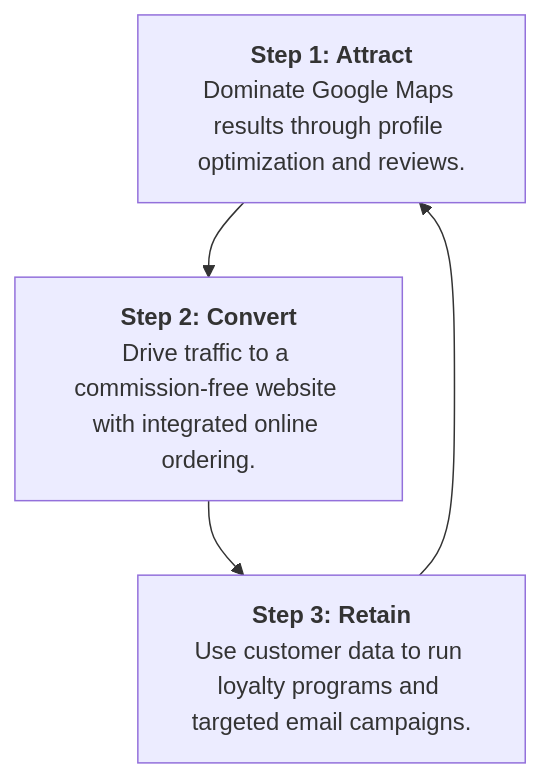
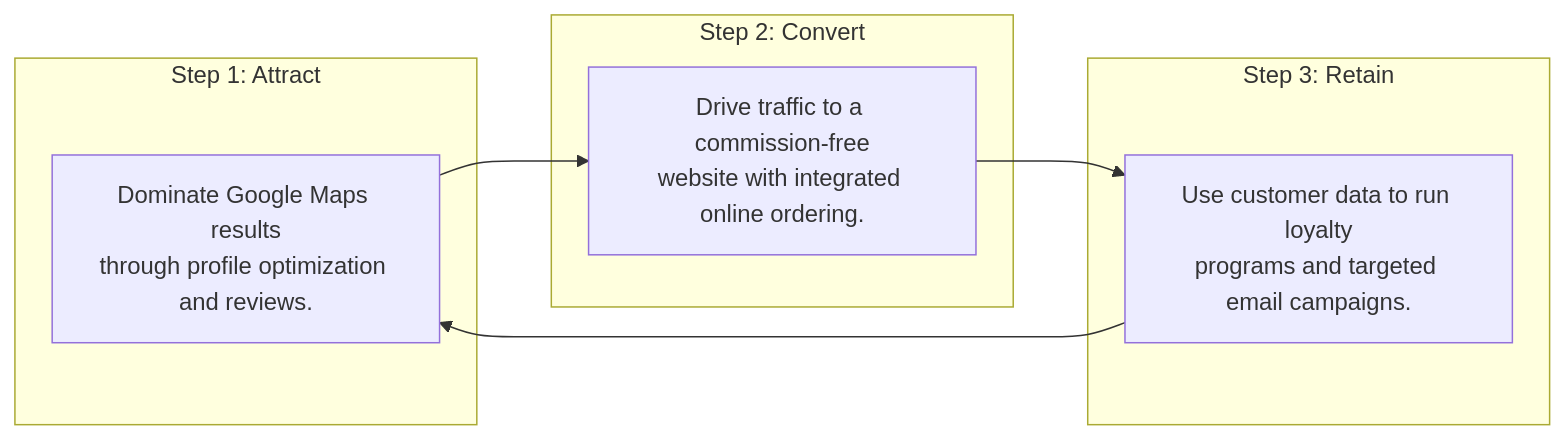
Before and after one commit to cheaplightstore/restaurant: the diagram in articles/restaurant-marketing-plan-2025.md, drawn with Mermaid.

Commit message:
refactor: Redesign marketing flywheel chart for clarity

````diff
--- a/articles/restaurant-marketing-plan-2025.md
+++ b/articles/restaurant-marketing-plan-2025.md
@@ -38,6 +38,13 @@
 ```mermaid
-graph TD
-    A["<strong>Step 1: Attract</strong><br/>Dominate Google Maps results through profile optimization and reviews."] --> B
-    B["<strong>Step 2: Convert</strong><br/>Drive traffic to a commission-free website with integrated online ordering."] --> C
-    C["<strong>Step 3: Retain</strong><br/>Use customer data to run loyalty programs and targeted email campaigns."] --> A
+graph LR
+    subgraph "Step 1: Attract"
+        A["Dominate Google Maps results<br/>through profile optimization and reviews."]
+    end
+    subgraph "Step 2: Convert"
+        B["Drive traffic to a commission-free<br/>website with integrated online ordering."]
+    end
+    subgraph "Step 3: Retain"
+        C["Use customer data to run loyalty<br/>programs and targeted email campaigns."]
+    end
+    A --> B --> C --> A
 ```
````
